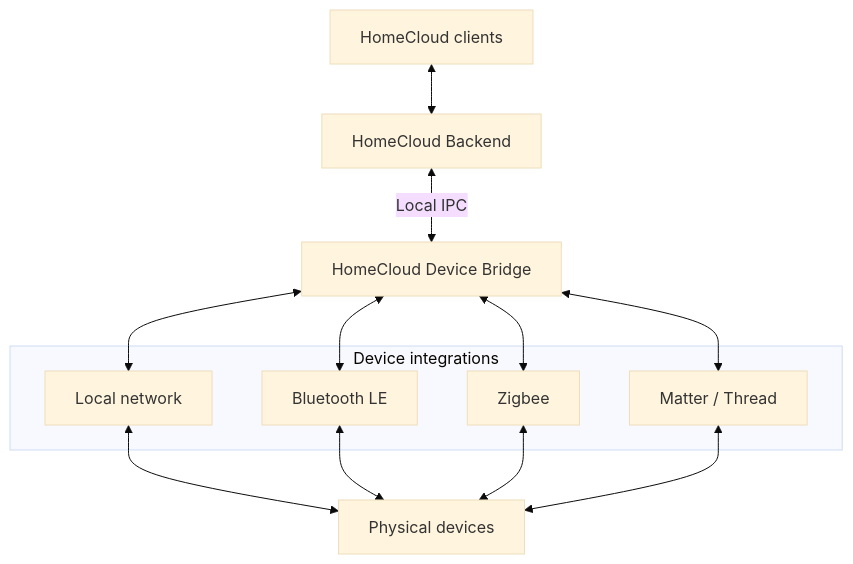
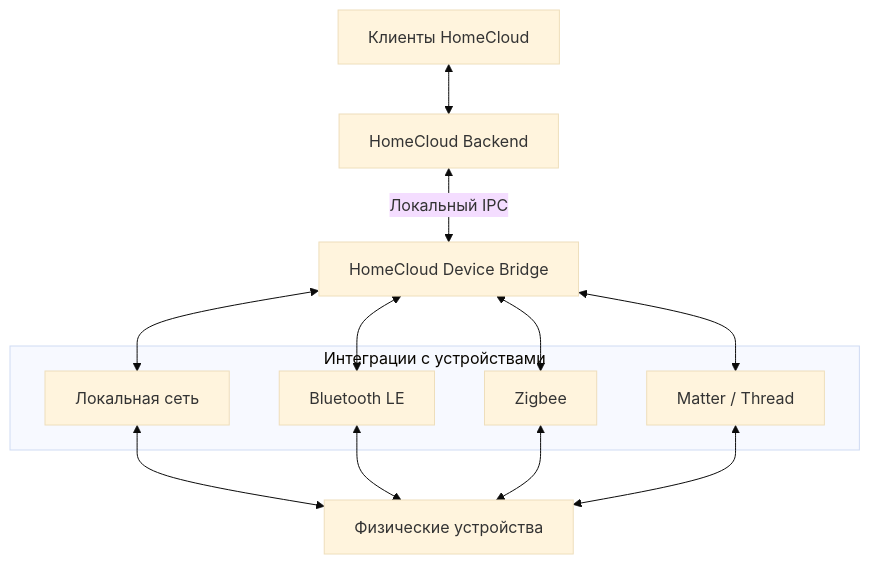
Before and after one commit to DaniilGavrin/HomeCloudDeviceBridge: the diagram in README.md, drawn with Mermaid (base theme). The commit also changed other lines of this file, not shown here.

````diff
--- a/README.md
+++ b/README.md
@@ -32,26 +32,26 @@
 ```mermaid
 flowchart TB
-    Clients[HomeCloud clients]
+    Clients[Клиенты HomeCloud]
     Backend[HomeCloud Backend]
     Bridge[HomeCloud Device Bridge]
 
-    subgraph Integrations[Device integrations]
-        LAN[Local network]
+    subgraph Integrations[Интеграции с устройствами]
+        LAN[Локальная сеть]
         BLE[Bluetooth LE]
         Zigbee[Zigbee]
         Matter[Matter / Thread]
     end
 
-    Devices[Physical devices]
+    Devices[Физические устройства]
 
     Clients <--> Backend
-    Backend <-->|Local IPC| Bridge
+    Backend <-->|Локальный IPC| Bridge
     Bridge <--> LAN
     Bridge <--> BLE
     Bridge <--> Zigbee
     Bridge <--> Matter
     LAN <--> Devices
     BLE <--> Devices
     Zigbee <--> Devices
     Matter <--> Devices
 ```
````
